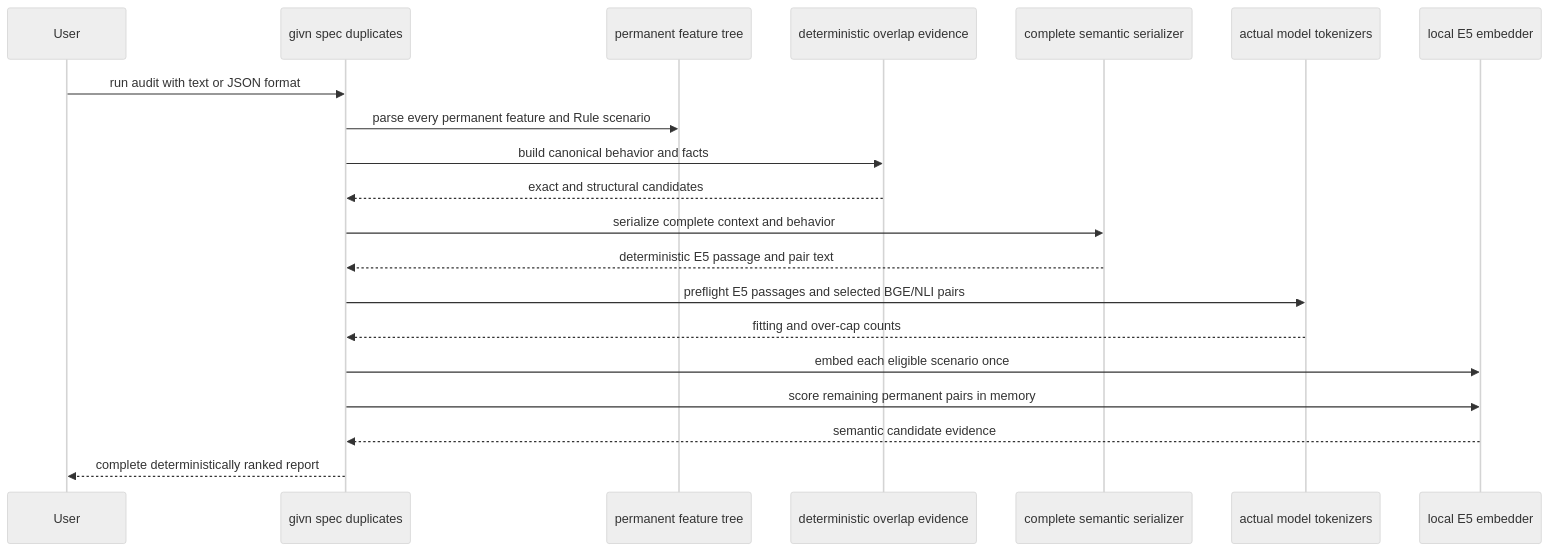
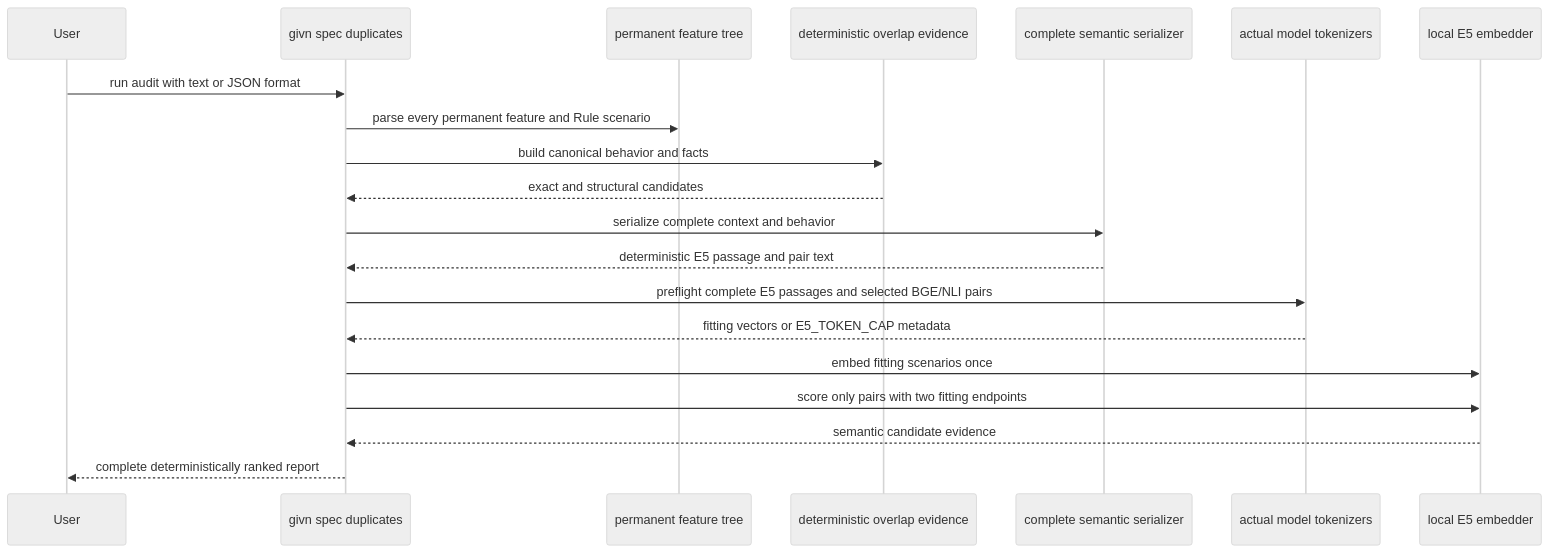
The fifth of 8 diagrams in docs/arc42/06-runtime-view.md (buster/givn), drawn with Mermaid (neutral theme) before and after one commit. The commit also changed other lines of this file and 14 other files, not shown here.

Commit message:
fix(semantic): report real token-cap filter results

````diff
--- a/docs/arc42/06-runtime-view.md
+++ b/docs/arc42/06-runtime-view.md
@@ -458,23 +462,23 @@
 ```mermaid
 sequenceDiagram
     participant User
     participant CLI as givn spec duplicates
     participant Specs as permanent feature tree
     participant Fingerprint as deterministic overlap evidence
     participant Serializer as complete semantic serializer
     participant Guard as actual model tokenizers
     participant Embedder as local E5 embedder
 
     User->>CLI: run audit with text or JSON format
     CLI->>Specs: parse every permanent feature and Rule scenario
     CLI->>Fingerprint: build canonical behavior and facts
     Fingerprint-->>CLI: exact and structural candidates
     CLI->>Serializer: serialize complete context and behavior
     Serializer-->>CLI: deterministic E5 passage and pair text
-    CLI->>Guard: preflight E5 passages and selected BGE/NLI pairs
-    Guard-->>CLI: fitting and over-cap counts
-    CLI->>Embedder: embed each eligible scenario once
-    CLI->>Embedder: score remaining permanent pairs in memory
+    CLI->>Guard: preflight complete E5 passages and selected BGE/NLI pairs
+    Guard-->>CLI: fitting vectors or E5_TOKEN_CAP metadata
+    CLI->>Embedder: embed fitting scenarios once
+    CLI->>Embedder: score only pairs with two fitting endpoints
     Embedder-->>CLI: semantic candidate evidence
     CLI-->>User: complete deterministically ranked report
 ```
````
